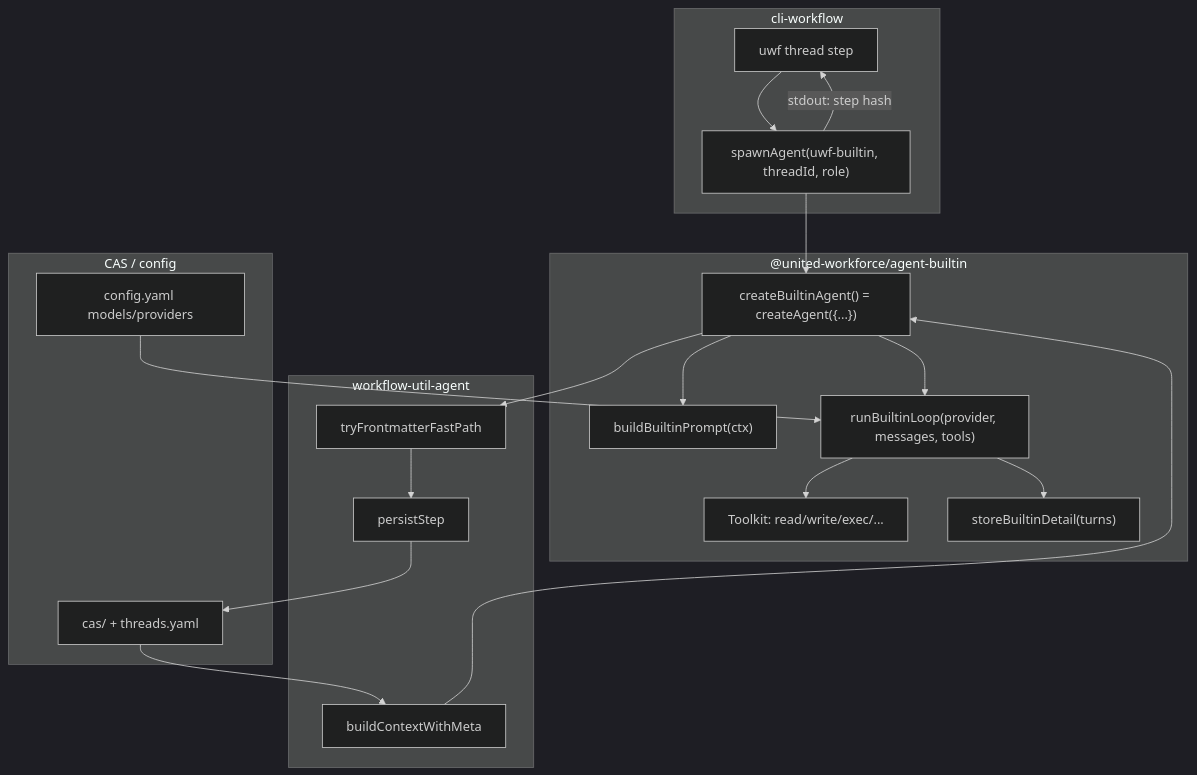
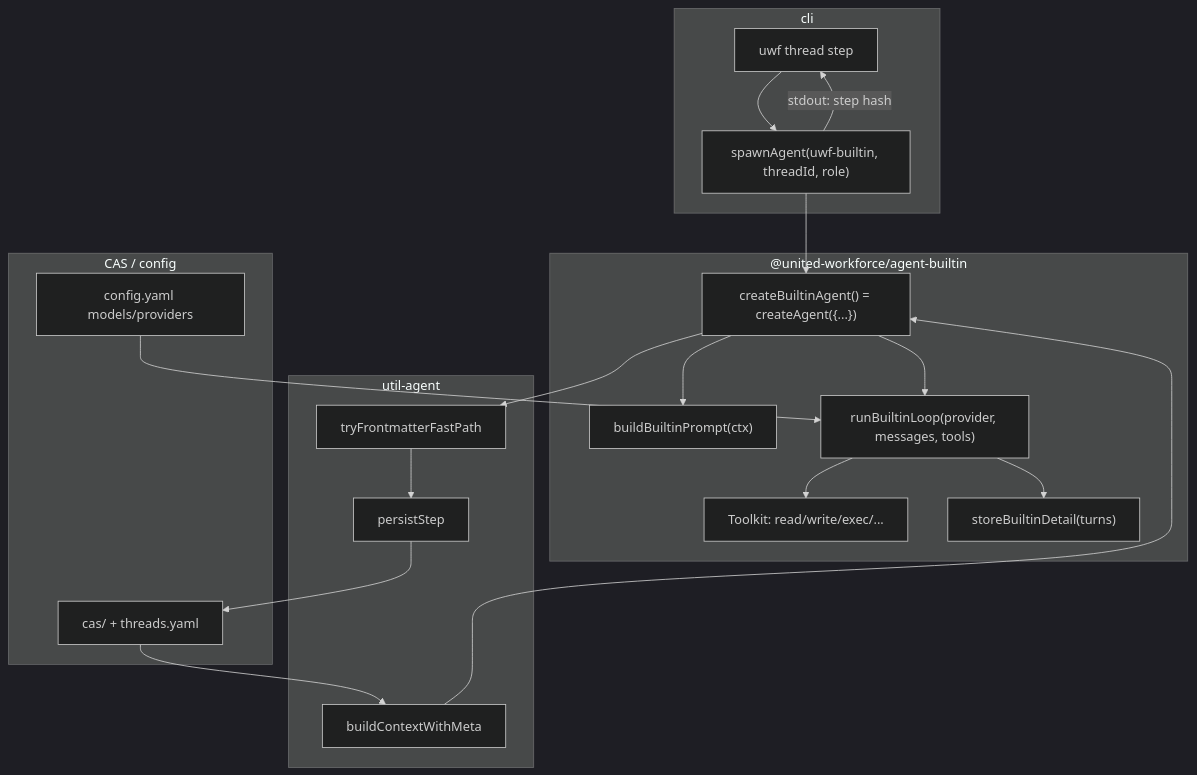
One commit to shazhou-ww/united-workforce changed the diagram in docs/builtin-agent-research.md. Above: the diagram before and after it, drawn with Mermaid (dark theme). The commit also changed other lines of this file and 286 other files, not shown here.

````diff
--- a/docs/builtin-agent-research.md
+++ b/docs/builtin-agent-research.md
@@ -592,40 +592,40 @@
 ```mermaid
 flowchart TB
-  subgraph cli ["cli-workflow"]
+  subgraph cli ["cli"]
     Step["uwf thread step"]
     Spawn["spawnAgent(uwf-builtin, threadId, role)"]
     Step --> Spawn
   end
 
   subgraph builtin_pkg ["@united-workforce/agent-builtin"]
     Main["createBuiltinAgent() = createAgent({...})"]
     Prompt["buildBuiltinPrompt(ctx)"]
     Loop["runBuiltinLoop(provider, messages, tools)"]
     Tools["Toolkit: read/write/exec/..."]
     Detail["storeBuiltinDetail(turns)"]
     Main --> Prompt
     Main --> Loop
     Loop --> Tools
     Loop --> Detail
   end
 
-  subgraph kit ["workflow-util-agent"]
+  subgraph kit ["util-agent"]
     Ctx["buildContextWithMeta"]
     FM["tryFrontmatterFastPath"]
     Persist["persistStep"]
     Ctx --> Main
     Main --> FM
     FM --> Persist
   end
 
   subgraph cas ["CAS / config"]
     Config["config.yaml models/providers"]
     CAS["cas/ + threads.yaml"]
   end
 
   Spawn --> Main
   Config --> Loop
   CAS --> Ctx
   Persist --> CAS
   Spawn -->|"stdout: step hash"| Step
 ```
````
